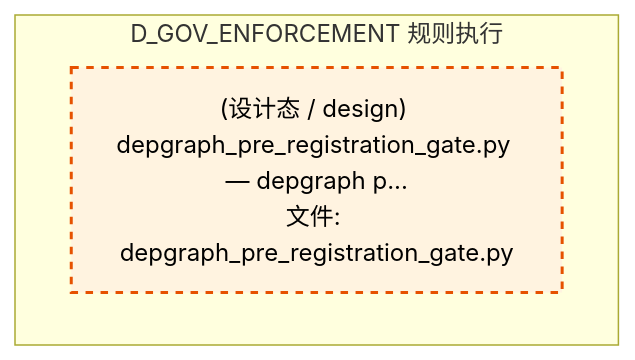
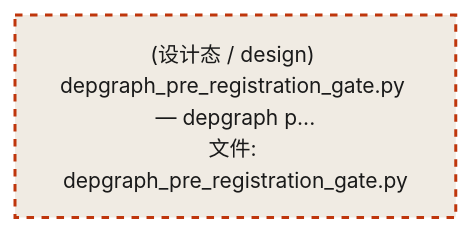
Before and after one commit to xuanFelixVan/ZephyrAlpha: the fourth of 5 diagrams in docs/02_enterprise_architecture/02_domain_architecture_docs/53_d_gov_enforcement.md, drawn with Mermaid. The commit also changed other lines of this file and 76 other files, not shown here.

````diff
--- a/docs/02_enterprise_architecture/02_domain_architecture_docs/53_d_gov_enforcement.md
+++ b/docs/02_enterprise_architecture/02_domain_architecture_docs/53_d_gov_enforcement.md
@@ -464,11 +531,10 @@
 ```mermaid
-graph TD
-    subgraph D_GOV_ENFORCEMENT["D_GOV_ENFORCEMENT 规则执行"]
-        src_zephyr_gov_enforcement_commit_gates_depgraph_pre_registration_gate_py["(设计态 / design) depgraph_pre_registration_gate.py — depgraph p...<br/>文件: depgraph_pre_registration_gate.py"]
-    end
-    classDef production fill:#e1f5fe,stroke:#01579b,stroke-width:2px,color:#000
-    classDef design fill:#fff3e0,stroke:#e65100,stroke-width:2px,color:#000,stroke-dasharray: 5 5
-    classDef external_prod fill:#e8f5e9,stroke:#1b5e20,stroke-width:1px,color:#000
-    classDef external_design fill:#fce4ec,stroke:#880e4f,stroke-width:1px,color:#000,stroke-dasharray: 5 5
+%%{init: {'theme': 'base', 'themeVariables': {'primaryColor': '#eaeaea', 'primaryTextColor': '#333333', 'primaryBorderColor': '#666666', 'lineColor': '#666666', 'secondaryColor': '#eaeaea', 'tertiaryColor': '#eaeaea', 'fontSize': '14px'}}}%%
+flowchart TD
+    src_zephyr_gov_enforcement_commit_gates_depgraph_pre_registration_gate_py["(设计态 / design) depgraph_pre_registration_gate.py — depgraph p...<br/>文件: depgraph_pre_registration_gate.py"]
+    classDef production fill:#e8edf2,stroke:#0277bd,stroke-width:2px,color:#1a1a1a
+    classDef design fill:#f0ebe3,stroke:#bf360c,stroke-width:2px,color:#1a1a1a,stroke-dasharray: 5 5
+    classDef external_prod fill:#e8efe9,stroke:#1b5e20,stroke-width:1px,color:#1a1a1a
+    classDef external_design fill:#efe5ea,stroke:#880e4f,stroke-width:1px,color:#1a1a1a,stroke-dasharray: 5 5
     class src_zephyr_gov_enforcement_commit_gates_depgraph_pre_registration_gate_py design
 ```
````
